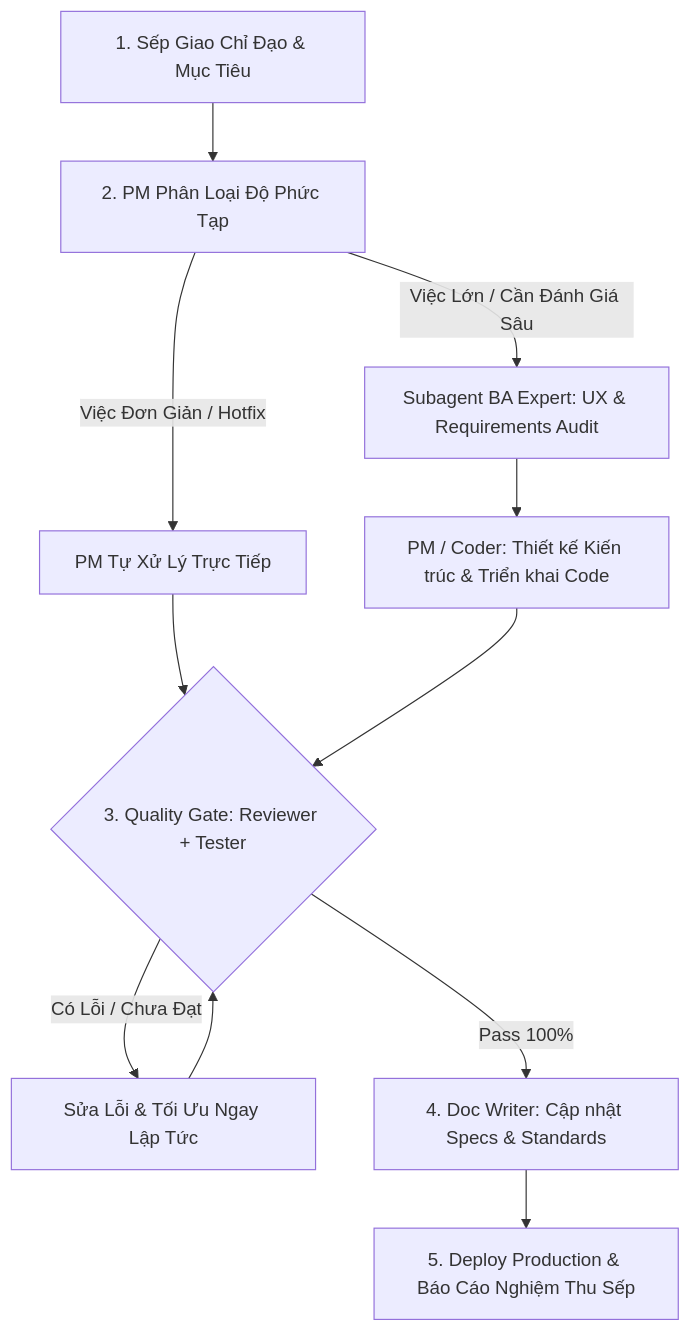
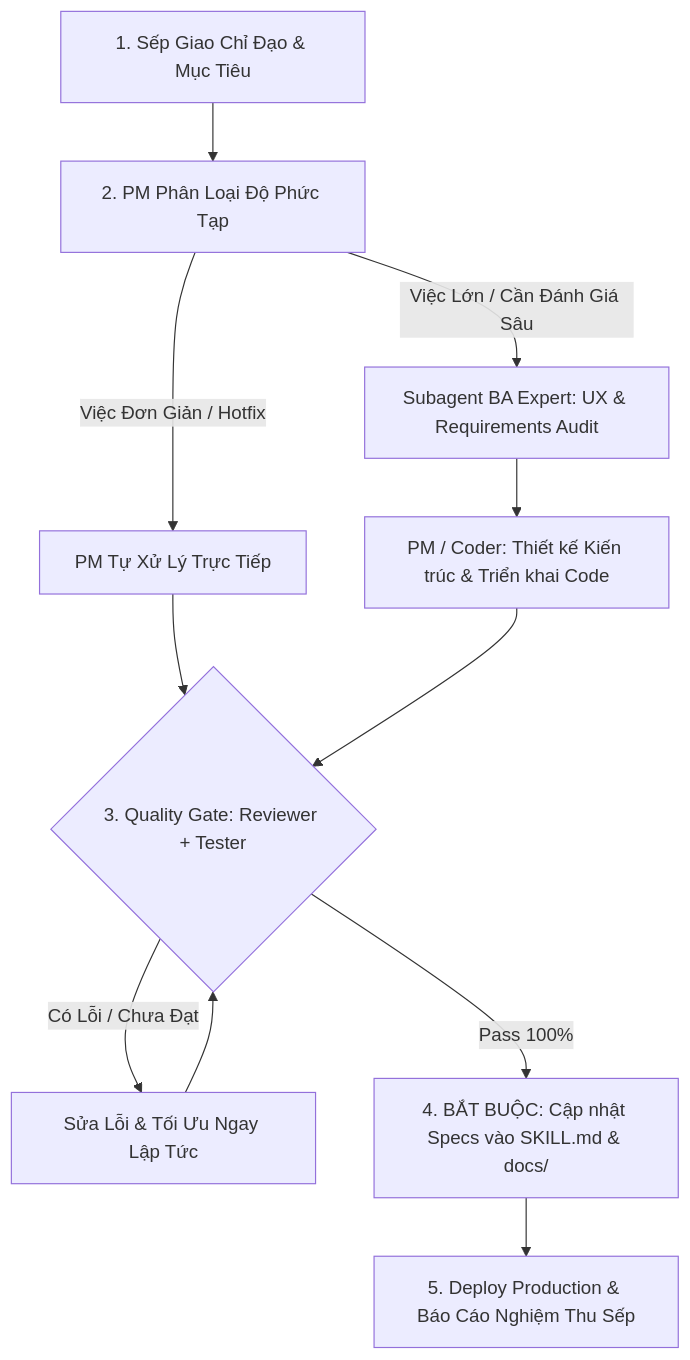
One commit to davidngo242/lifegraph changed the diagram in .agents/skills/full-dev-workflow/SKILL.md. Above: the diagram before and after it, drawn with Mermaid. The commit also changed other lines of this file and 1 other file, not shown here.

Commit message:
docs(workflow): enforce mandatory spec persistence protocol and document Unified Life Tree architecture

````diff
--- a/.agents/skills/full-dev-workflow/SKILL.md
+++ b/.agents/skills/full-dev-workflow/SKILL.md
@@ -42,17 +46,17 @@
 ```mermaid
 flowchart TD
     Boss["1. Sếp Giao Chỉ Đạo & Mục Tiêu"] --> PM["2. PM Phân Loại Độ Phức Tạp"]
     
     PM -- "Việc Đơn Giản / Hotfix" --> DirectExec["PM Tự Xử Lý Trực Tiếp"]
     PM -- "Việc Lớn / Cần Đánh Giá Sâu" --> BAPhase["Subagent BA Expert: UX & Requirements Audit"]
     
     BAPhase --> DevPhase["PM / Coder: Thiết kế Kiến trúc & Triển khai Code"]
     DirectExec --> QualityGate
     DevPhase --> QualityGate{"3. Quality Gate: Reviewer + Tester"}
     
     QualityGate -- "Có Lỗi / Chưa Đạt" --> FixLoop["Sửa Lỗi & Tối Ưu Ngay Lập Tức"]
     FixLoop --> QualityGate
     
-    QualityGate -- "Pass 100%" --> DocPhase["4. Doc Writer: Cập nhật Specs & Standards"]
+    QualityGate -- "Pass 100%" --> DocPhase["4. BẮT BUỘC: Cập nhật Specs vào SKILL.md & docs/"]
     DocPhase --> ProductionDeploy["5. Deploy Production & Báo Cáo Nghiệm Thu Sếp"]
 ```
````
